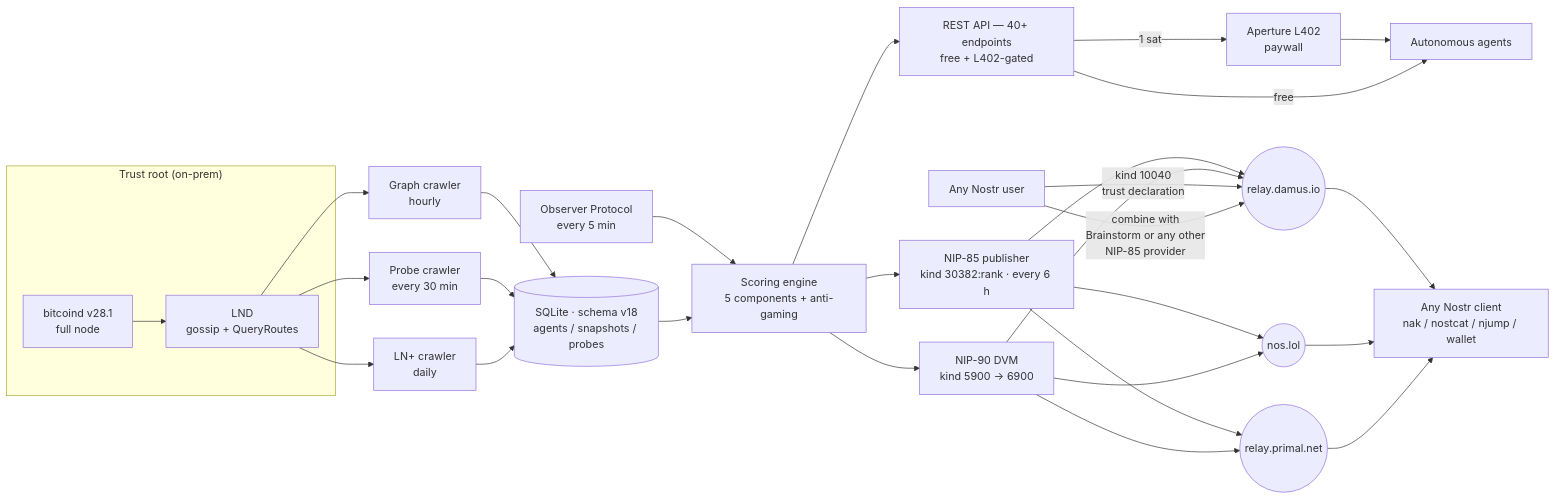
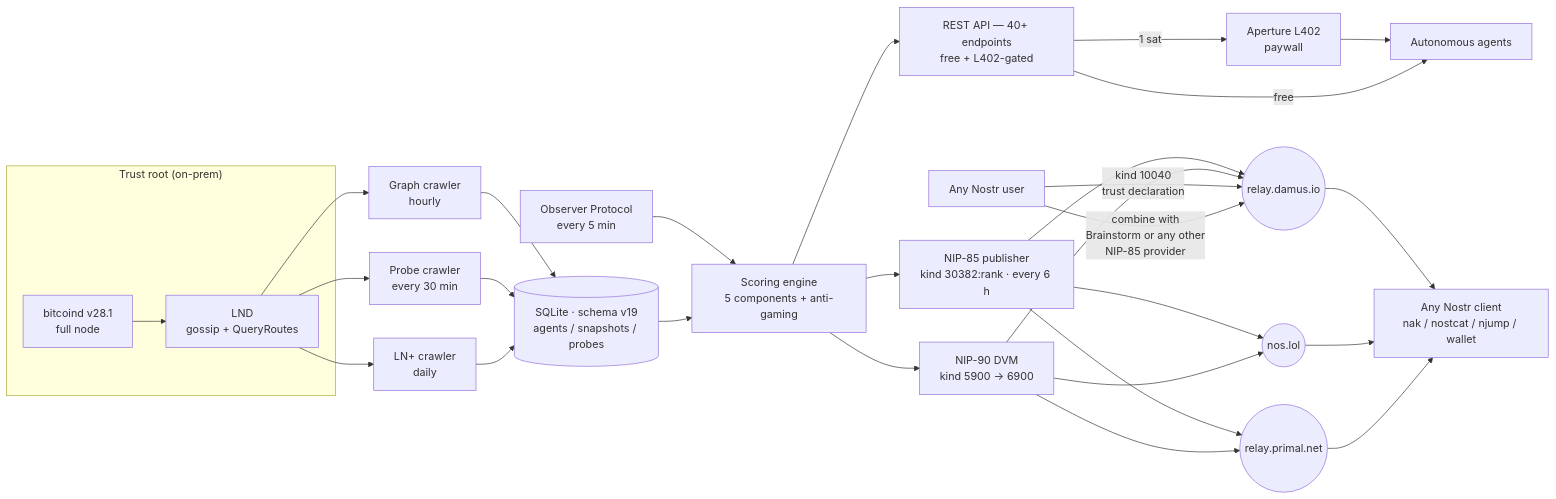
Before and after one commit to proofoftrust21/satrank: the diagram in IMPACT-STATEMENT-FULL.md, drawn with Mermaid. The commit also changed other lines of this file and 4 other files, not shown here.

````diff
--- a/IMPACT-STATEMENT-FULL.md
+++ b/IMPACT-STATEMENT-FULL.md
@@ -43,41 +43,41 @@
 ```mermaid
 flowchart LR
   subgraph TrustRoot["Trust root (on-prem)"]
     BTC[bitcoind v28.1<br/>full node]
     LND[LND<br/>gossip + QueryRoutes]
   end
 
   BTC --> LND
 
   LND --> GC[Graph crawler<br/>hourly]
   LND --> PC[Probe crawler<br/>every 30 min]
   LND --> LP[LN+ crawler<br/>daily]
   OBS[Observer Protocol<br/>every 5 min] --> SE
 
-  GC --> DB[(SQLite · schema v18<br/>agents / snapshots / probes)]
+  GC --> DB[(SQLite · schema v19<br/>agents / snapshots / probes)]
   PC --> DB
   LP --> DB
 
   DB --> SE[Scoring engine<br/>5 components + anti-gaming]
 
   SE --> API[REST API — 40+ endpoints<br/>free + L402-gated]
   SE --> NP[NIP-85 publisher<br/>kind 30382:rank · every 6 h]
   SE --> DVM[NIP-90 DVM<br/>kind 5900 → 6900]
 
   NP --> R1((relay.damus.io))
   NP --> R2((nos.lol))
   NP --> R3((relay.primal.net))
   DVM --> R1
   DVM --> R2
   DVM --> R3
 
   API -->|1 sat| L402[Aperture L402<br/>paywall]
   L402 --> AGENTS[Autonomous agents]
   API -->|free| AGENTS
   R1 --> CLIENTS[Any Nostr client<br/>nak / nostcat / njump / wallet]
   R2 --> CLIENTS
   R3 --> CLIENTS
 
   USER[Any Nostr user] -->|kind 10040<br/>trust declaration| R1
   USER -->|combine with<br/>Brainstorm or any other<br/>NIP-85 provider| R1
 ```
````
